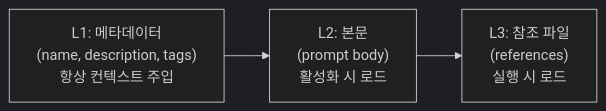
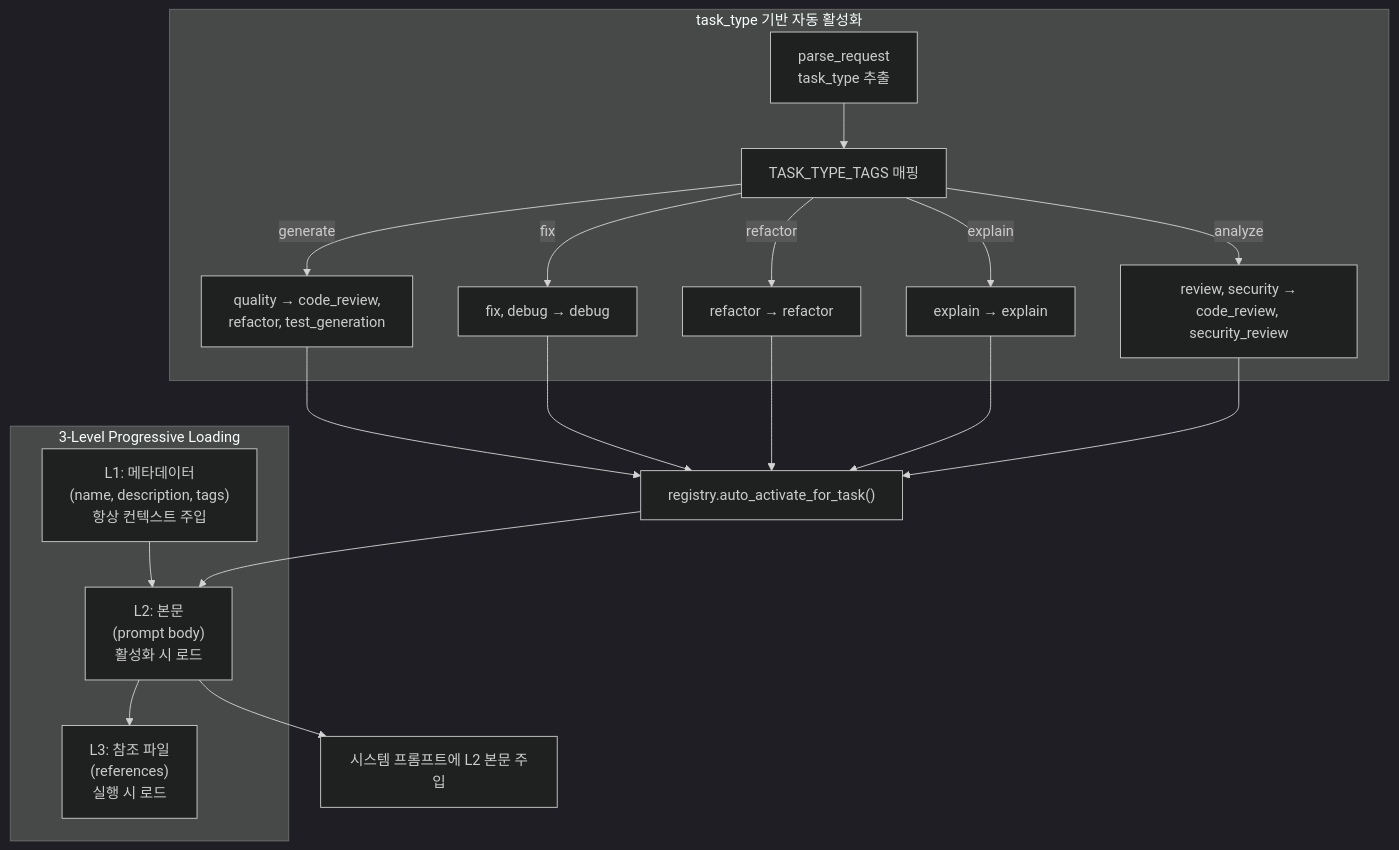
Before and after one commit to youngs75/youngs75_coding_ai_agent: diagram 11 of 16 in docs/ARCHITECTURE.md, drawn with Mermaid (dark theme). The commit also changed other lines of this file and 15 other files, not shown here.

````diff
--- a/docs/ARCHITECTURE.md
+++ b/docs/ARCHITECTURE.md
@@ -337,7 +388,22 @@
 ```mermaid
-graph LR
-    L1["L1: 메타데이터<br/>(name, description, tags)<br/>항상 컨텍스트 주입"]
-    L2["L2: 본문<br/>(prompt body)<br/>활성화 시 로드"]
-    L3["L3: 참조 파일<br/>(references)<br/>실행 시 로드"]
-    L1 --> L2 --> L3
+graph TD
+    subgraph Loading["3-Level Progressive Loading"]
+        L1["L1: 메타데이터<br/>(name, description, tags)<br/>항상 컨텍스트 주입"]
+        L2["L2: 본문<br/>(prompt body)<br/>활성화 시 로드"]
+        L3["L3: 참조 파일<br/>(references)<br/>실행 시 로드"]
+        L1 --> L2 --> L3
+    end
+
+    subgraph AutoActivation["task_type 기반 자동 활성화"]
+        PARSE["parse_request<br/>task_type 추출"] --> MAP["TASK_TYPE_TAGS 매핑"]
+        MAP -->|generate| GEN["quality → code_review,<br/>refactor, test_generation"]
+        MAP -->|fix| FIX["fix, debug → debug"]
+        MAP -->|refactor| REF["refactor → refactor"]
+        MAP -->|explain| EXP["explain → explain"]
+        MAP -->|analyze| ANA["review, security →<br/>code_review, security_review"]
+    end
+
+    GEN & FIX & REF & EXP & ANA --> ACTIVATE["registry.auto_activate_for_task()"]
+    ACTIVATE --> L2
+    L2 --> INJECT["시스템 프롬프트에 L2 본문 주입"]
 ```
````
